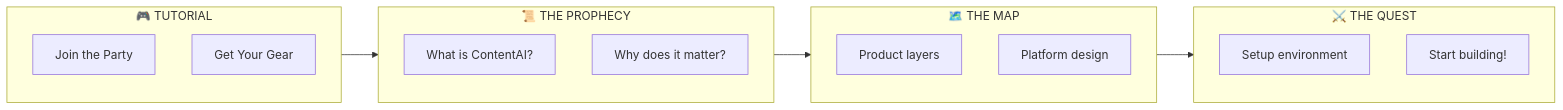
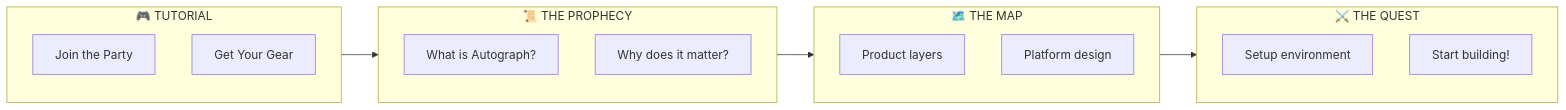
The fifth of 7 diagrams in DevOps/README.md (PearlThoughtsInternship/Internship-Obsidian-Vault), drawn with Mermaid before and after one commit. The commit also changed other lines of this file and 1 other file, not shown here.

First line of the commit message:
rebrand: Autograph with Cinderella narrative

````diff
--- a/DevOps/README.md
+++ b/DevOps/README.md
@@ -144,24 +178,24 @@
 ```mermaid
 flowchart LR
     subgraph Setup["🎮 TUTORIAL"]
         S1["Join the Party"]
         S2["Get Your Gear"]
     end
 
     subgraph Vision["📜 THE PROPHECY"]
-        V1["What is ContentAI?"]
+        V1["What is Autograph?"]
         V2["Why does it matter?"]
     end
 
     subgraph Architecture["🗺️ THE MAP"]
         A1["Product layers"]
         A2["Platform design"]
     end
 
     subgraph Build["⚔️ THE QUEST"]
         B1["Setup environment"]
         B2["Start building!"]
     end
 
     Setup --> Vision --> Architecture --> Build
 ```
````
